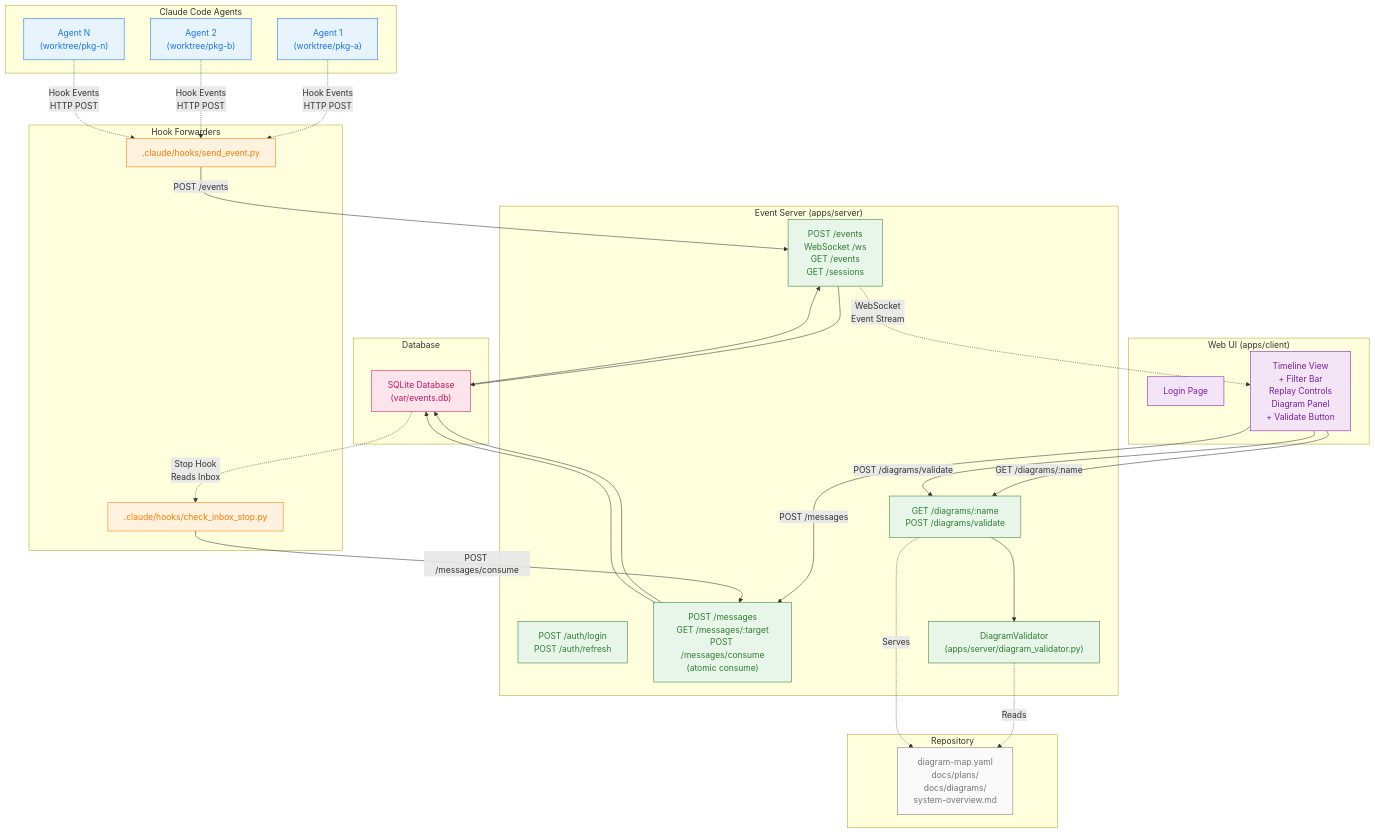
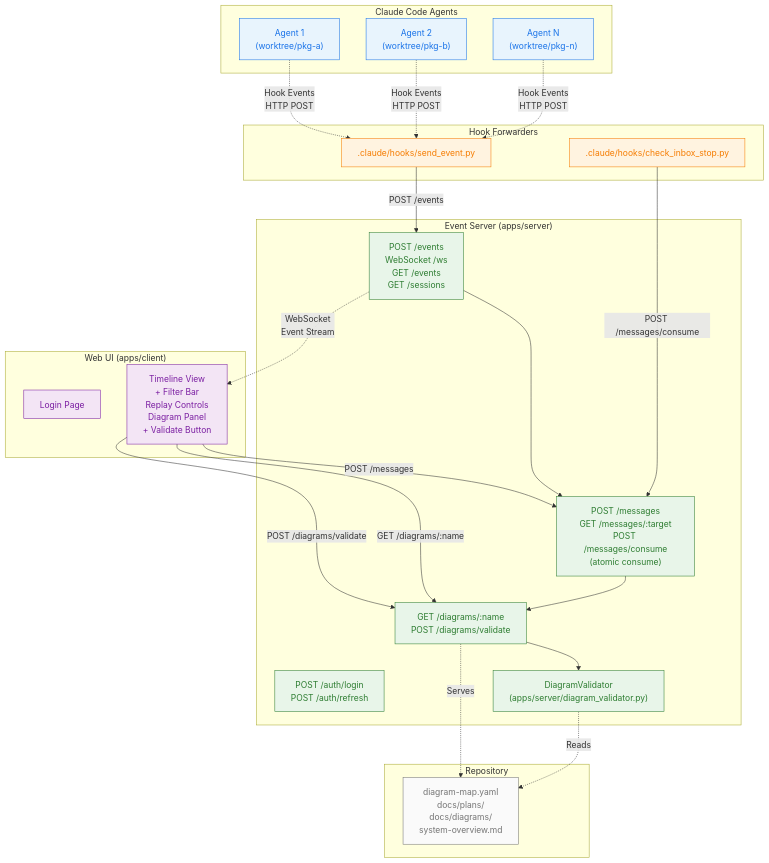
Before and after one commit to RockReuben/zod: the diagram in docs/plans/sample-plan/proposed-diagram.md, drawn with Mermaid. The commit also changed other lines of this file and 12 other files, not shown here.

````diff
--- a/docs/plans/sample-plan/proposed-diagram.md
+++ b/docs/plans/sample-plan/proposed-diagram.md
@@ -42,11 +42,6 @@
 + Validate Button"]
     end
 
-    subgraph Database["Database"]
-        DB["SQLite Database
-(var/events.db)"]
-    end
-
     subgraph Repo["Repository"]
         Planning["diagram-map.yaml
 docs/plans/
@@ -62,19 +57,15 @@
 HTTP POST| SendEvent
 
     SendEvent -->|POST /events| Events
-    Events --> DB
-    DB --> Events
+    Events --> Messages
+    Messages --> Diagrams
 
     Events -.->|WebSocket
 Event Stream| Dashboard
 
     Dashboard -->|POST /messages| Messages
-    Messages --> DB
 
     CheckInbox -->|POST /messages/consume| Messages
-    Messages --> DB
-    DB -.->|Stop Hook
-Reads Inbox| CheckInbox
 
     Dashboard -->|GET /diagrams/:name| Diagrams
     Dashboard -->|POST /diagrams/validate| Diagrams
@@ -86,13 +77,11 @@
     classDef hook fill:#fff3e0,stroke:#f57c00,color:#f57c00;
     classDef server fill:#e8f5e9,stroke:#2e7d32,color:#2e7d32;
     classDef client fill:#f3e5f5,stroke:#7b1fa2,color:#7b1fa2;
-    classDef database fill:#fce4ec,stroke:#c2185b,color:#c2185b;
     classDef repo fill:#fafafa,stroke:#757575,color:#757575;
 
     class Agent1,Agent2,AgentN agent;
     class SendEvent,CheckInbox hook;
     class Auth,Events,Messages,Diagrams,Validator server;
     class Login,Dashboard client;
-    class DB database;
     class Planning repo;
 ```
````
